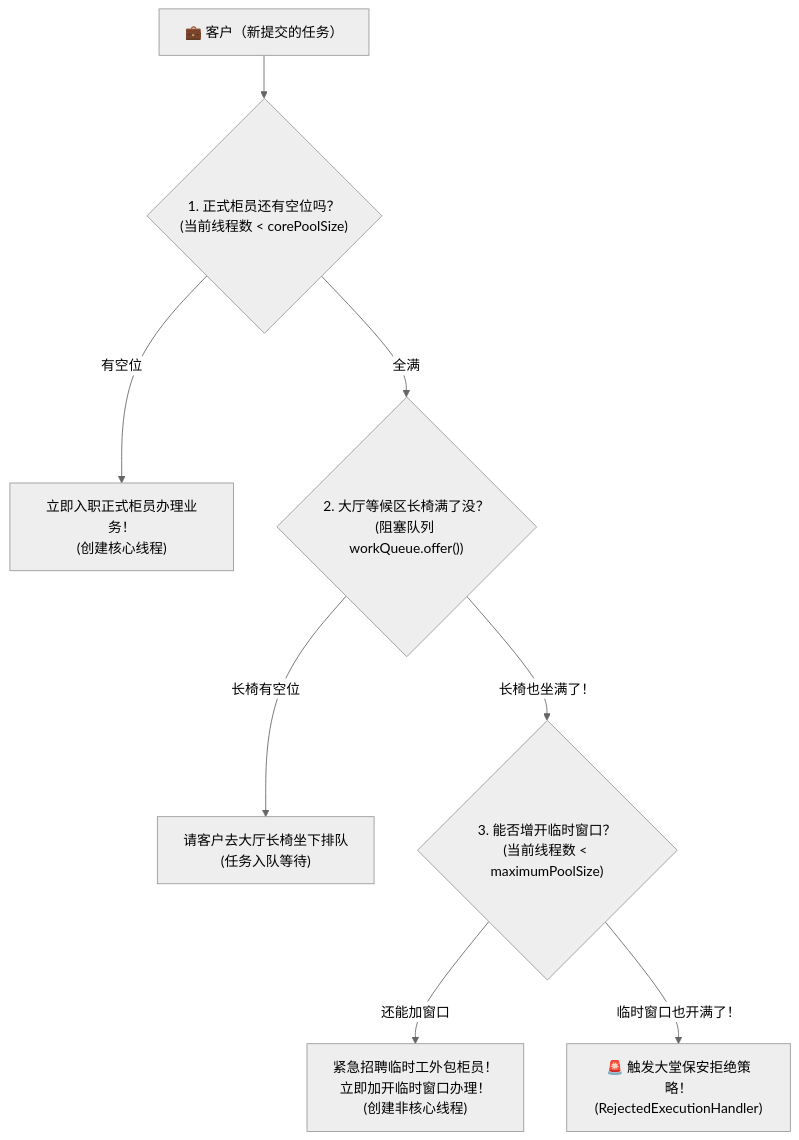
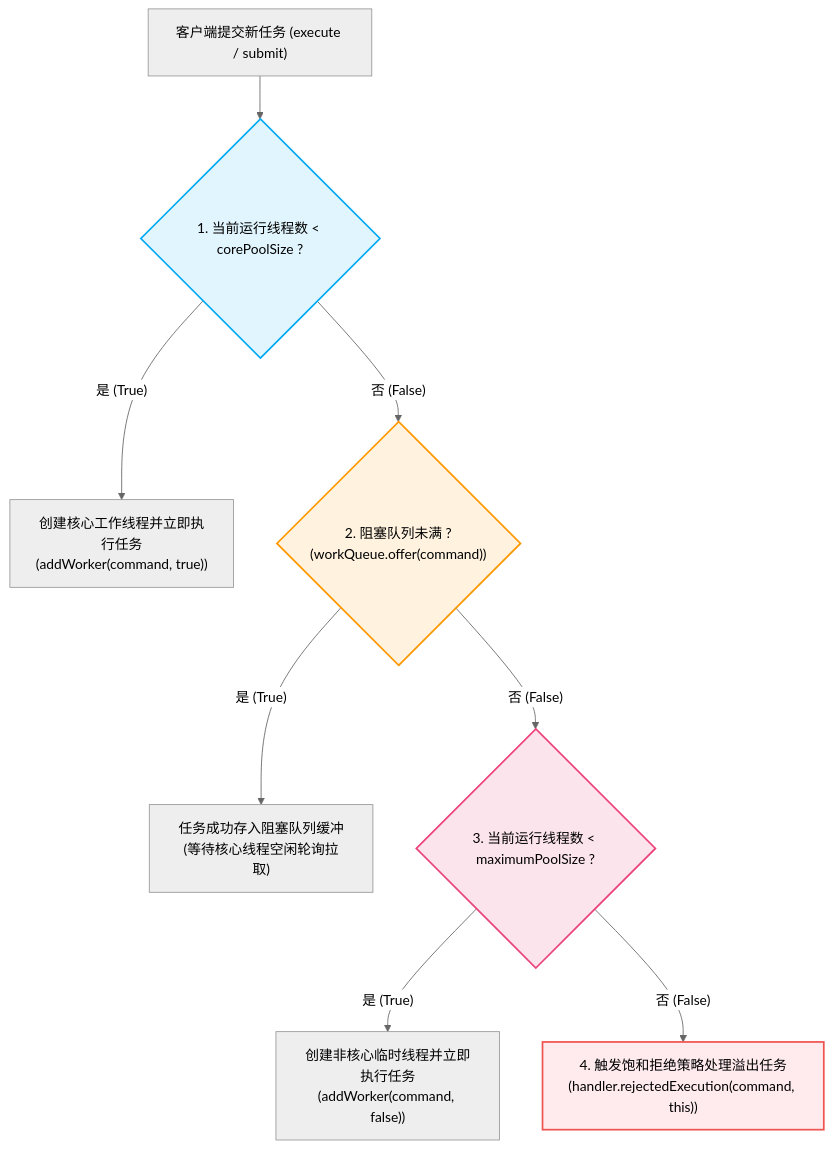
One commit to GuoWWWX/knowledge-base changed the first of 2 diagrams in 20-Java后端/03-并发编程/07-线程池原理与参数.md. Above: the diagram before and after it, drawn with Mermaid (neutral theme). The commit also changed other lines of this file and 234 other files, not shown here.

````diff
--- a/20-Java后端/03-并发编程/07-线程池原理与参数.md
+++ b/20-Java后端/03-并发编程/07-线程池原理与参数.md
@@ -36,13 +37,18 @@
 ```mermaid
 flowchart TD
-    Client["💼 客户（新提交的任务）"] --> Step1{"1. 正式柜员还有空位吗？<br/>(当前线程数 < corePoolSize)"}
+    Client["客户端提交新任务 (execute / submit)"] --> Step1{"1. 当前运行线程数 < corePoolSize ?"}
     
-    Step1 -- "有空位" --> CreateCore["立即入职正式柜员办理业务！<br/>(创建核心线程)"]
-    Step1 -- "全满" --> Step2{"2. 大厅等候区长椅满了没？<br/>(阻塞队列 workQueue.offer())"}
+    Step1 -- "是 (True)" --> CreateCore["创建核心工作线程并立即执行任务<br/>(addWorker(command, true))"]
+    Step1 -- "否 (False)" --> Step2{"2. 阻塞队列未满 ?<br/>(workQueue.offer(command))"}
 
-    Step2 -- "长椅有空位" --> SitQueue["请客户去大厅长椅坐下排队<br/>(任务入队等待)"]
-    Step2 -- "长椅也坐满了！" --> Step3{"3. 能否增开临时窗口？<br/>(当前线程数 < maximumPoolSize)"}
+    Step2 -- "是 (True)" --> Enqueue["任务成功存入阻塞队列缓冲<br/>(等待核心线程空闲轮询拉取)"]
+    Step2 -- "否 (False)" --> Step3{"3. 当前运行线程数 < maximumPoolSize ?"}
 
-    Step3 -- "还能加窗口" --> CreateMax["紧急招聘临时工外包柜员！<br/>立即加开临时窗口办理！<br/>(创建非核心线程)"]
-    Step3 -- "临时窗口也开满了！" --> Reject["🚨 触发大堂保安拒绝策略！<br/>(RejectedExecutionHandler)"]
+    Step3 -- "是 (True)" --> CreateMax["创建非核心临时线程并立即执行任务<br/>(addWorker(command, false))"]
+    Step3 -- "否 (False)" --> Reject["4. 触发饱和拒绝策略处理溢出任务<br/>(handler.rejectedExecution(command, this))"]
+    
+    style Step1 fill:#e1f5fe,stroke:#03a9f4,stroke-width:2px
+    style Step2 fill:#fff3e0,stroke:#ff9800,stroke-width:2px
+    style Step3 fill:#fce4ec,stroke:#ec407a,stroke-width:2px
+    style Reject fill:#ffebee,stroke:#ef5350,stroke-width:2px
 ```
````
